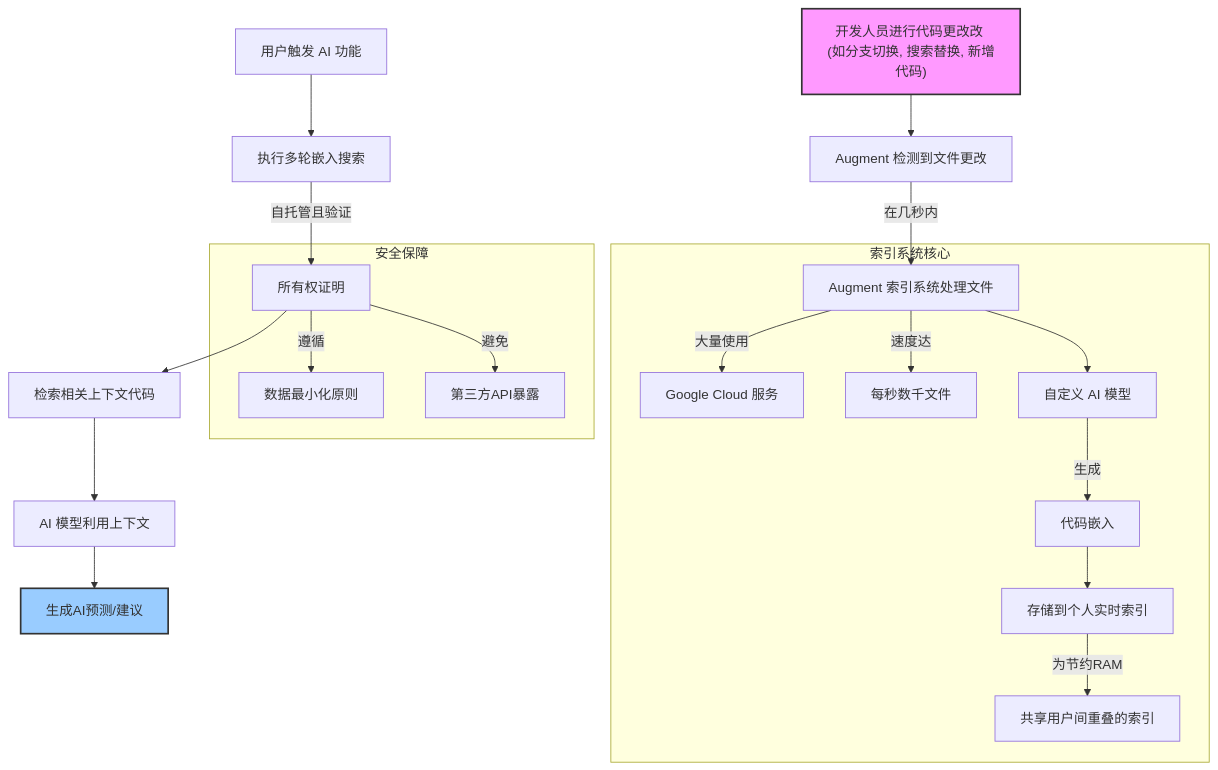
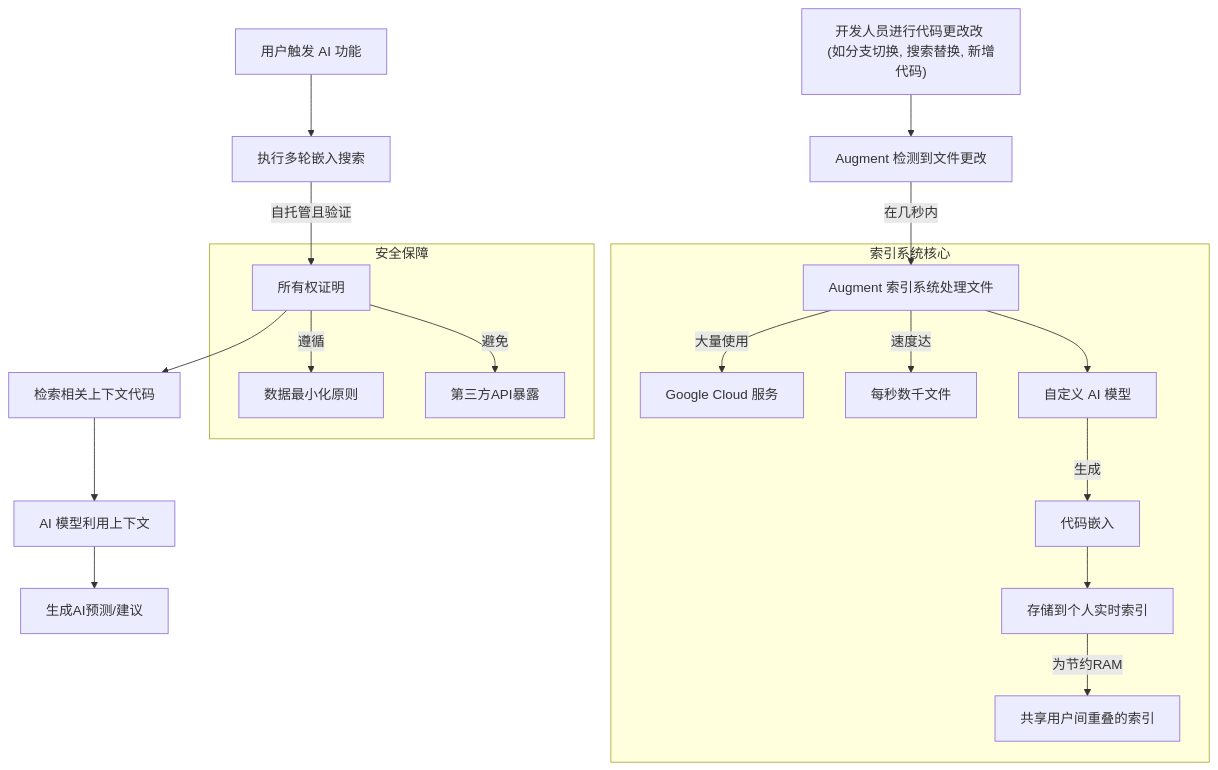
The diagram in ai-tool/augment-codebase-indexing.md (zlh-428/zlh-428), drawn with Mermaid before and after one commit. The commit also changed 1 other file, not shown here.

Commit message:
🩹 fix: remove Mermaid style directives for GitHub rendering
GitHub Mermaid renderer does not support node style directives
(fill/stroke), causing 'Loading chunk failed' errors.

````diff
--- a/ai-tool/augment-codebase-indexing.md
+++ b/ai-tool/augment-codebase-indexing.md
@@ -28,36 +28,33 @@
 ```mermaid
 graph TD
 
     A["开发人员进行代码更改改 (如分支切换, 搜索替换, 新增代码)"] --> B["Augment 检测到文件更改"]
     B -- "在几秒内" --> C["Augment 索引系统处理文件"]
     C -- "大量使用" --> D["Google Cloud 服务"]
     C -- "速度达" --> E["每秒数千文件"]
     C --> F["自定义 AI 模型"]
     F -- "生成" --> G["代码嵌入"]
     G --> H["存储到个人实时索引"]
     H -- "为节约RAM" --> I["共享用户间重叠的索引"]
 
     J["用户触发 AI 功能"] --> K["执行多轮嵌入搜索"]
     K -- "自托管且验证" --> L["所有权证明"]
     L --> M["检索相关上下文代码"]
     M --> N["AI 模型利用上下文"]
     N --> O["生成AI预测/建议"]
 
     subgraph "索引系统核心"
         C
         D
         F
         G
         H
         E
         I
     end
 
     subgraph "安全保障"
         L -- "遵循" --> P["数据最小化原则"]
         L -- "避免" --> Q["第三方API暴露"]
     end
-
-    style A fill:#f9f,stroke:#333,stroke-width:2px
-    style O fill:#9cf,stroke:#333,stroke-width:2px
 ```
````
